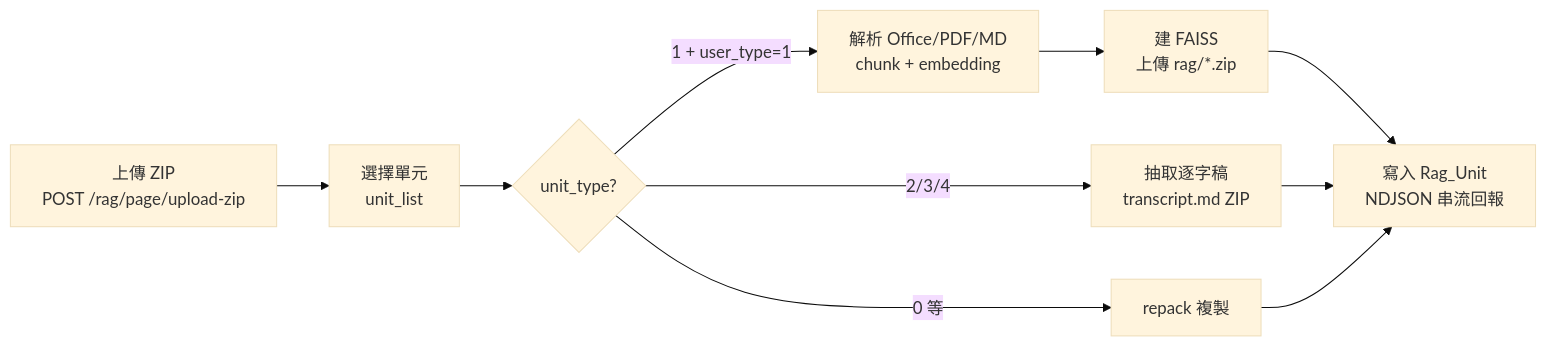
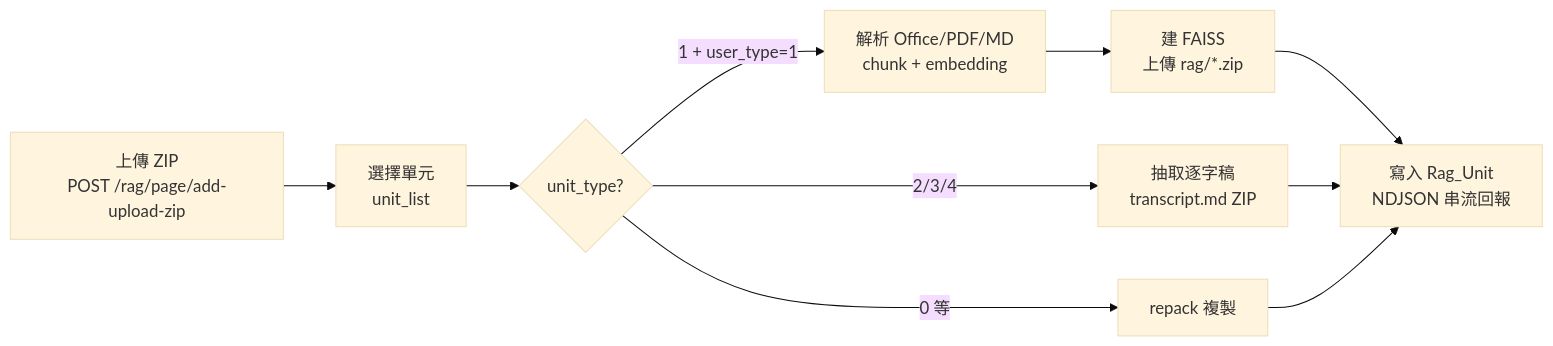
The fourth of 6 diagrams in README.md (kevin7261/MyQuiz-ai-backend), drawn with Mermaid (base theme) before and after one commit. The commit also changed other lines of this file and 4 other files, not shown here.

````diff
--- a/README.md
+++ b/README.md
@@ -346,12 +411,12 @@
 ```mermaid
 flowchart LR
-    A["上傳 ZIP<br/>POST /rag/page/upload-zip"] --> B["選擇單元<br/>unit_list"]
+    A["上傳 ZIP<br/>POST /rag/page/add-upload-zip"] --> B["選擇單元<br/>unit_list"]
     B --> C{"unit_type?"}
     C -->|1 + user_type=1| D["解析 Office/PDF/MD<br/>chunk + embedding"]
     D --> E["建 FAISS<br/>上傳 rag/*.zip"]
     C -->|2/3/4| F["抽取逐字稿<br/>transcript.md ZIP"]
     C -->|0 等| G["repack 複製"]
     E --> H["寫入 Rag_Unit<br/>NDJSON 串流回報"]
     F --> H
     G --> H
 ```
````
